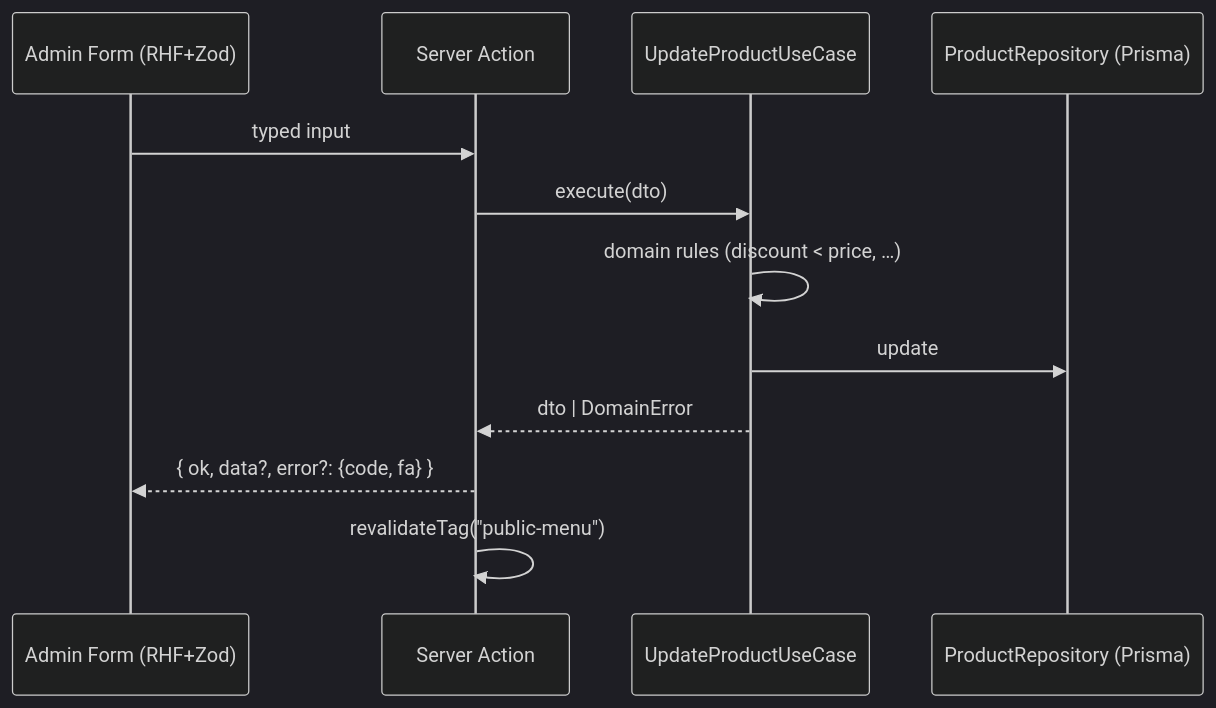
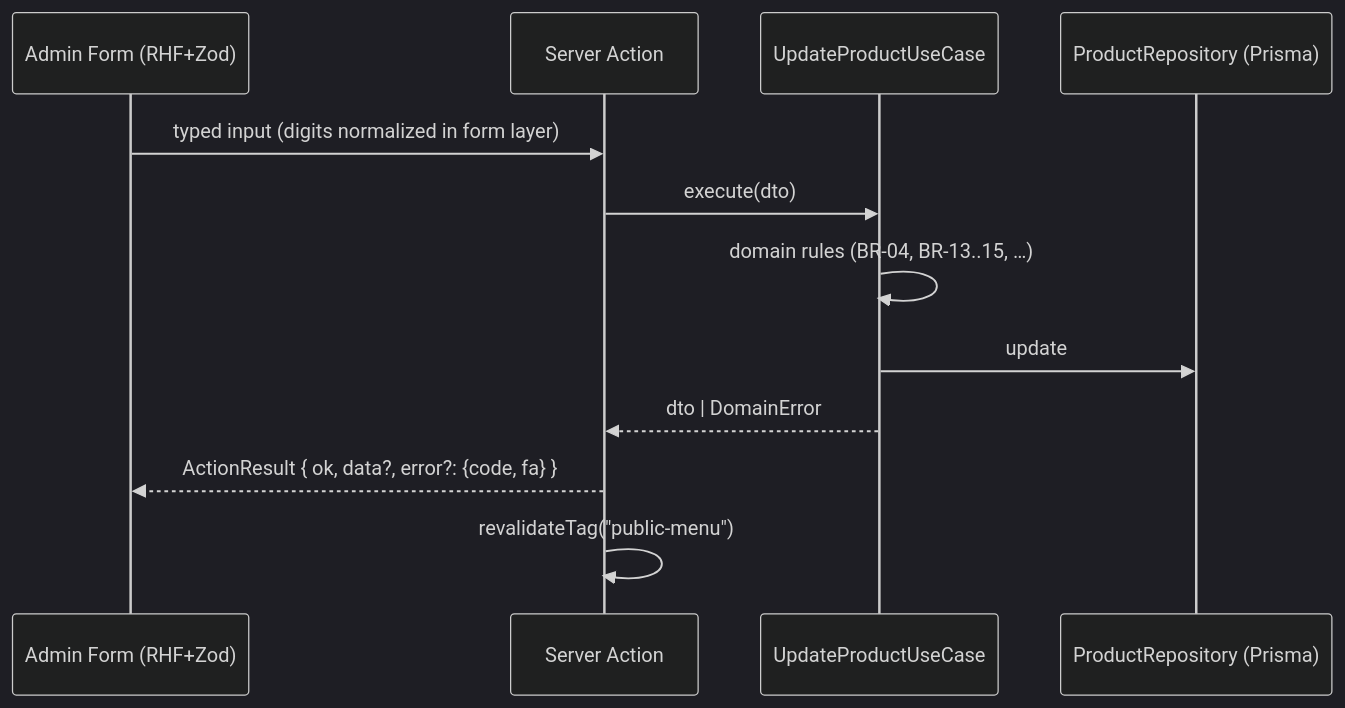
One commit to aryonmt/delepe-menu changed the second of 2 diagrams in docs/03-architecture.md. Above: the diagram before and after it, drawn with Mermaid (dark theme). The commit also changed other lines of this file and 15 other files, not shown here.

````diff
--- a/docs/03-architecture.md
+++ b/docs/03-architecture.md
@@ -98,14 +130,14 @@
 ```mermaid
 sequenceDiagram
   participant F as Admin Form (RHF+Zod)
   participant A as Server Action
   participant U as UpdateProductUseCase
   participant R as ProductRepository (Prisma)
-  F->>A: typed input
+  F->>A: typed input (digits normalized in form layer)
   A->>U: execute(dto)
-  U->>U: domain rules (discount < price, …)
+  U->>U: domain rules (BR-04, BR-13..15, …)
   U->>R: update
   U-->>A: dto | DomainError
-  A-->>F: { ok, data?, error?: {code, fa} }
+  A-->>F: ActionResult { ok, data?, error?: {code, fa} }
   A->>A: revalidateTag("public-menu")
 ```
````
